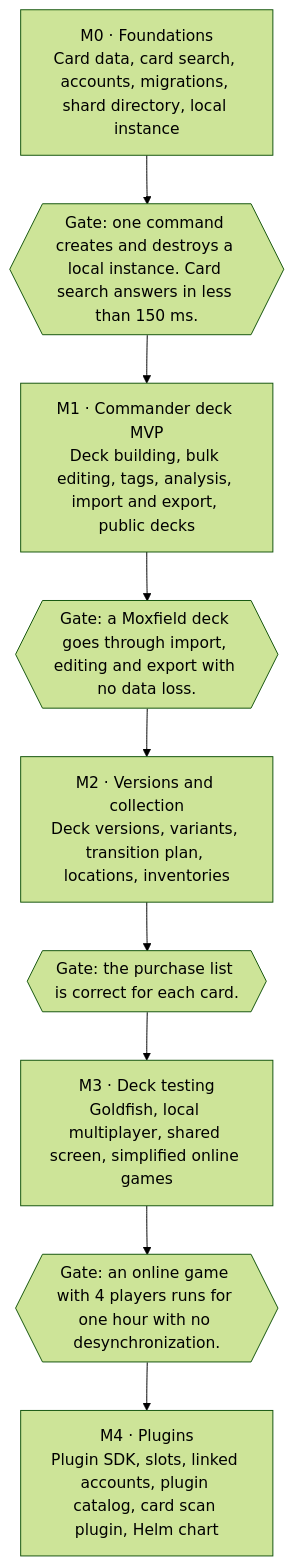
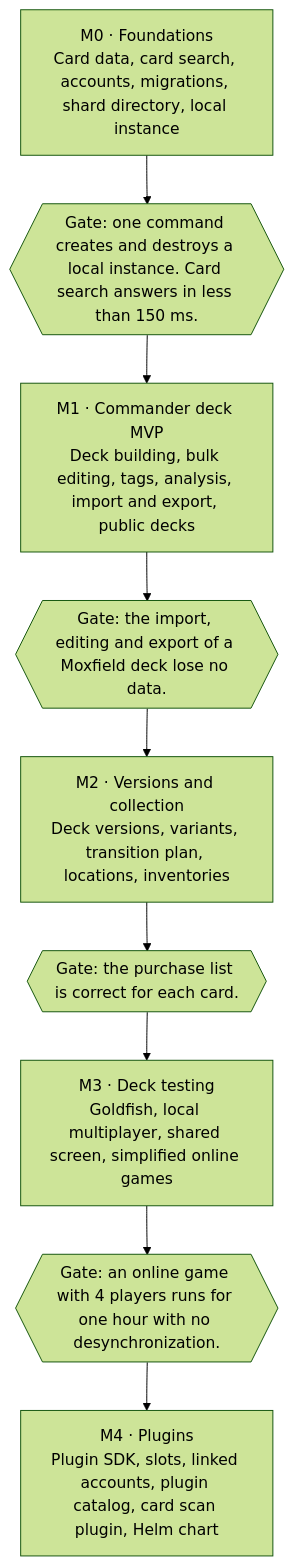
Before and after one commit to nicolas-goyon/Reliquary: the diagram in docs/roadmap.md, drawn with Mermaid (forest theme). The commit also changed 4 other files, not shown here.

First line of the commit message:
docs: link the architecture documents to the decision records

````diff
--- a/docs/roadmap.md
+++ b/docs/roadmap.md
@@ -16,13 +16,13 @@
 ```mermaid
 flowchart TB
     m0["M0 · Foundations<br/>Card data, card search, accounts, migrations, shard directory, local instance"]
     g0{{"Gate: one command creates and destroys a local instance. Card search answers in less than 150 ms."}}
     m1["M1 · Commander deck MVP<br/>Deck building, bulk editing, tags, analysis, import and export, public decks"]
-    g1{{"Gate: a Moxfield deck goes through import, editing and export with no data loss."}}
+    g1{{"Gate: the import, editing and export of a Moxfield deck lose no data."}}
     m2["M2 · Versions and collection<br/>Deck versions, variants, transition plan, locations, inventories"]
     g2{{"Gate: the purchase list is correct for each card."}}
     m3["M3 · Deck testing<br/>Goldfish, local multiplayer, shared screen, simplified online games"]
     g3{{"Gate: an online game with 4 players runs for one hour with no desynchronization."}}
     m4["M4 · Plugins<br/>Plugin SDK, slots, linked accounts, plugin catalog, card scan plugin, Helm chart"]
     m0 --> g0 --> m1 --> g1 --> m2 --> g2 --> m3 --> g3 --> m4
 ```
````
